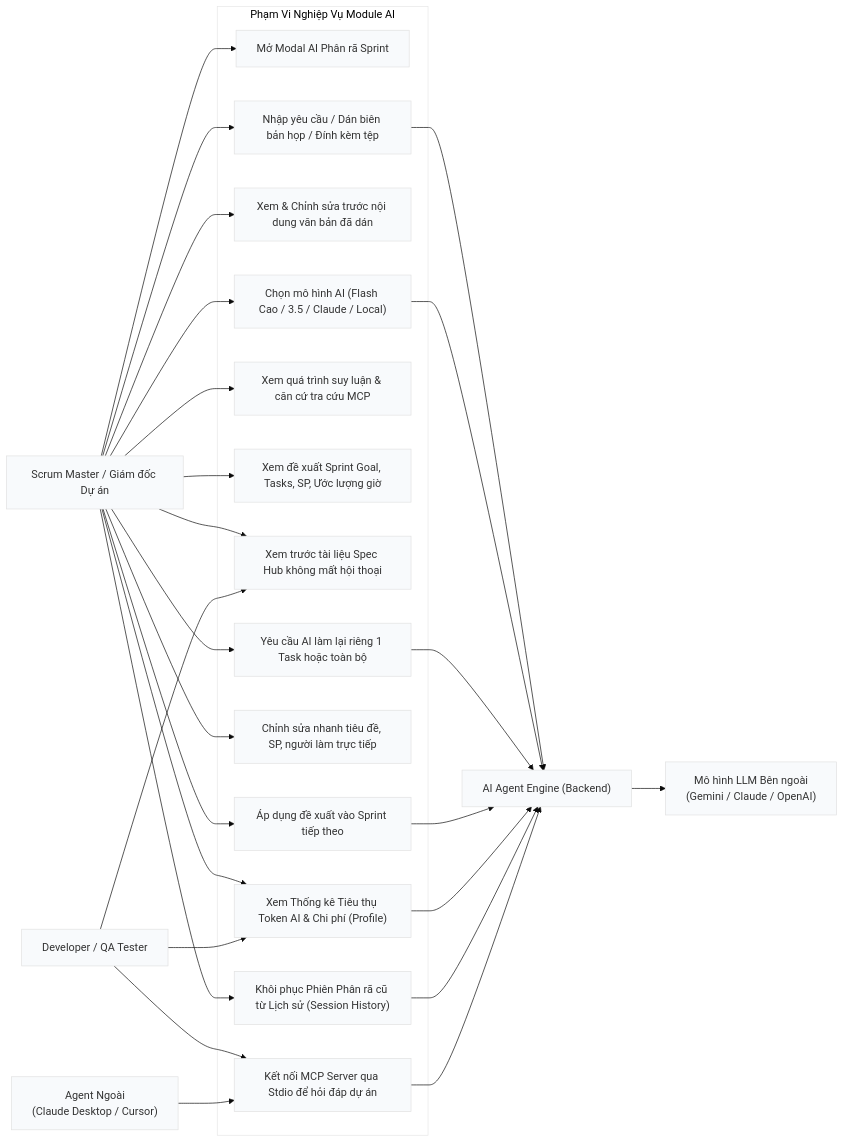
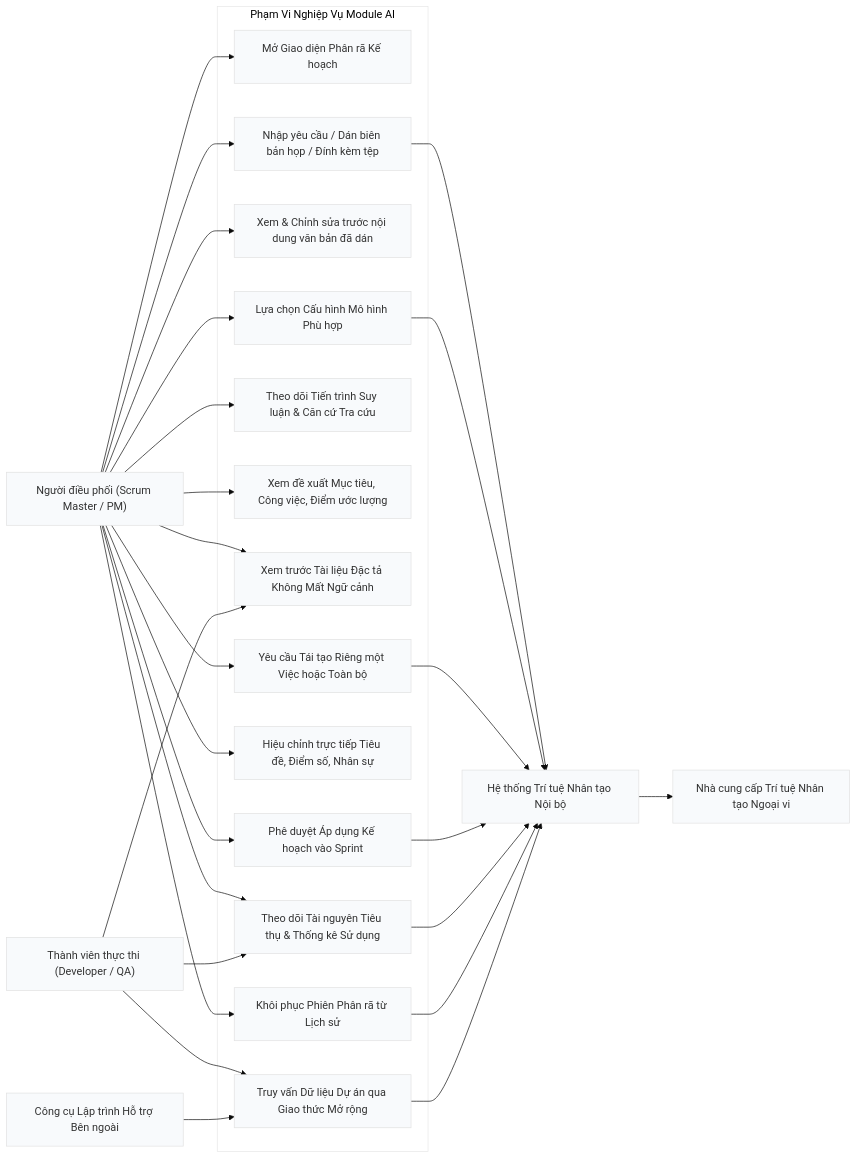
The second of 2 diagrams in docs/ai/01-kien-truc-tong-quan-va-use-case.md (TranHoang2k40525/ProjectMgmt), drawn with Mermaid before and after one commit. The commit also changed other lines of this file and 6 other files, not shown here.

Commit message:
docs(ai): sanitize diagrams to architectural naming convention without code files, tech or method leakage

````diff
--- a/docs/ai/01-kien-truc-tong-quan-va-use-case.md
+++ b/docs/ai/01-kien-truc-tong-quan-va-use-case.md
@@ -87,52 +87,52 @@
 ```mermaid
 %%{init: {"theme": "base", "themeVariables": {"primaryColor": "#f8fafc", "edgeLabelBackground":"#ffffff"}}}%%
 flowchart LR
-    SM["Scrum Master / Giám đốc Dự án"]
-    DEV["Developer / QA Tester"]
-    AI["AI Agent Engine (Backend)"]
-    EXT["Mô hình LLM Bên ngoài\n(Gemini / Claude / OpenAI)"]
-    EXT_AGENT["Agent Ngoài\n(Claude Desktop / Cursor)"]
+    SM["Người điều phối (Scrum Master / PM)"]
+    DEV["Thành viên thực thi (Developer / QA)"]
+    AI["Hệ thống Trí tuệ Nhân tạo Nội bộ"]
+    EXT["Nhà cung cấp Trí tuệ Nhân tạo Ngoại vi"]
+    EXT_AGENT["Công cụ Lập trình Hỗ trợ Bên ngoài"]
 
     subgraph UC["Phạm Vi Nghiệp Vụ Module AI"]
-        UC1["Mở Modal AI Phân rã Sprint"]
+        UC1["Mở Giao diện Phân rã Kế hoạch"]
         UC2["Nhập yêu cầu / Dán biên bản họp / Đính kèm tệp"]
         UC3["Xem & Chỉnh sửa trước nội dung văn bản đã dán"]
-        UC4["Chọn mô hình AI (Flash Cao / 3.5 / Claude / Local)"]
-        UC5["Xem quá trình suy luận & căn cứ tra cứu MCP"]
-        UC6["Xem đề xuất Sprint Goal, Tasks, SP, Ước lượng giờ"]
-        UC7["Xem trước tài liệu Spec Hub không mất hội thoại"]
-        UC8["Yêu cầu AI làm lại riêng 1 Task hoặc toàn bộ"]
-        UC9["Chỉnh sửa nhanh tiêu đề, SP, người làm trực tiếp"]
-        UC10["Áp dụng đề xuất vào Sprint tiếp theo"]
-        UC11["Kết nối MCP Server qua Stdio để hỏi đáp dự án"]
-        UC12["Xem Thống kê Tiêu thụ Token AI & Chi phí (Profile)"]
-        UC13["Khôi phục Phiên Phân rã cũ từ Lịch sử (Session History)"]
+        UC4["Lựa chọn Cấu hình Mô hình Phù hợp"]
+        UC5["Theo dõi Tiến trình Suy luận & Căn cứ Tra cứu"]
+        UC6["Xem đề xuất Mục tiêu, Công việc, Điểm ước lượng"]
+        UC7["Xem trước Tài liệu Đặc tả Không Mất Ngữ cảnh"]
+        UC8["Yêu cầu Tái tạo Riêng một Việc hoặc Toàn bộ"]
+        UC9["Hiệu chỉnh trực tiếp Tiêu đề, Điểm số, Nhân sự"]
+        UC10["Phê duyệt Áp dụng Kế hoạch vào Sprint"]
+        UC11["Truy vấn Dữ liệu Dự án qua Giao thức Mở rộng"]
+        UC12["Theo dõi Tài nguyên Tiêu thụ & Thống kê Sử dụng"]
+        UC13["Khôi phục Phiên Phân rã từ Lịch sử"]
     end
 
     SM --> UC1
     SM --> UC2
     SM --> UC3
     SM --> UC4
     SM --> UC5
     SM --> UC6
     SM --> UC7
     SM --> UC8
     SM --> UC9
     SM --> UC10
     SM --> UC12
     SM --> UC13
 
     DEV --> UC7
     DEV --> UC11
     DEV --> UC12
 
     UC2 --> AI
     UC4 --> AI
     UC8 --> AI
     UC10 --> AI
     UC12 --> AI
     UC13 --> AI
     AI --> EXT
     EXT_AGENT --> UC11
     UC11 --> AI
 ```
````
